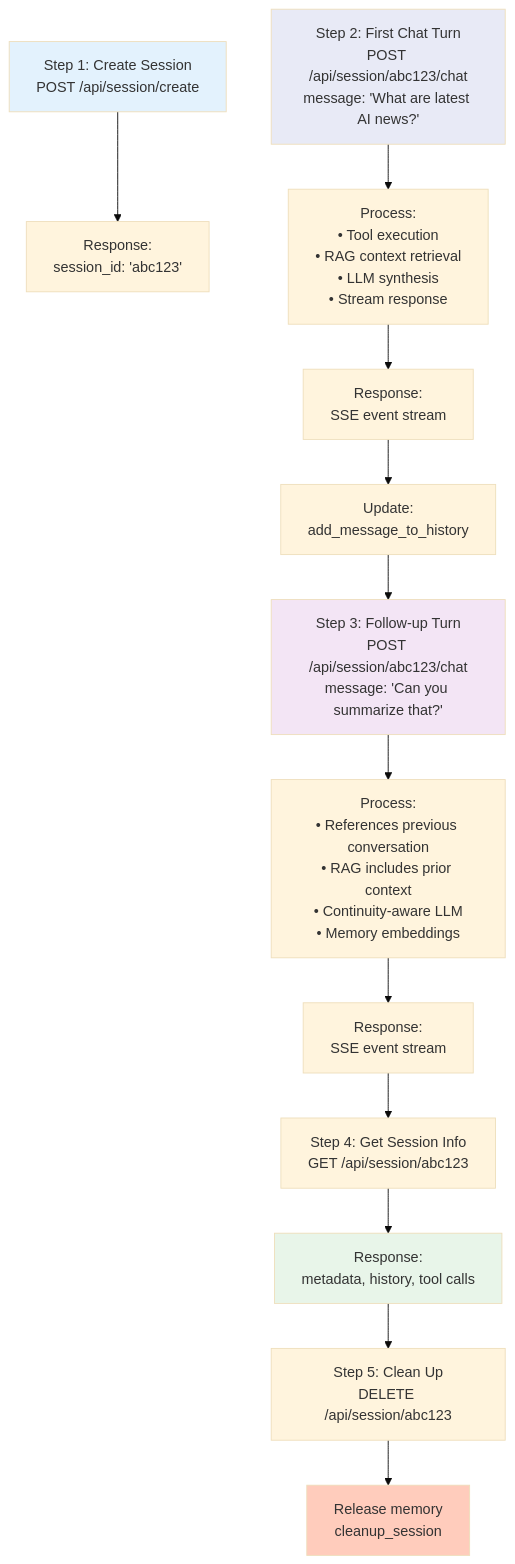
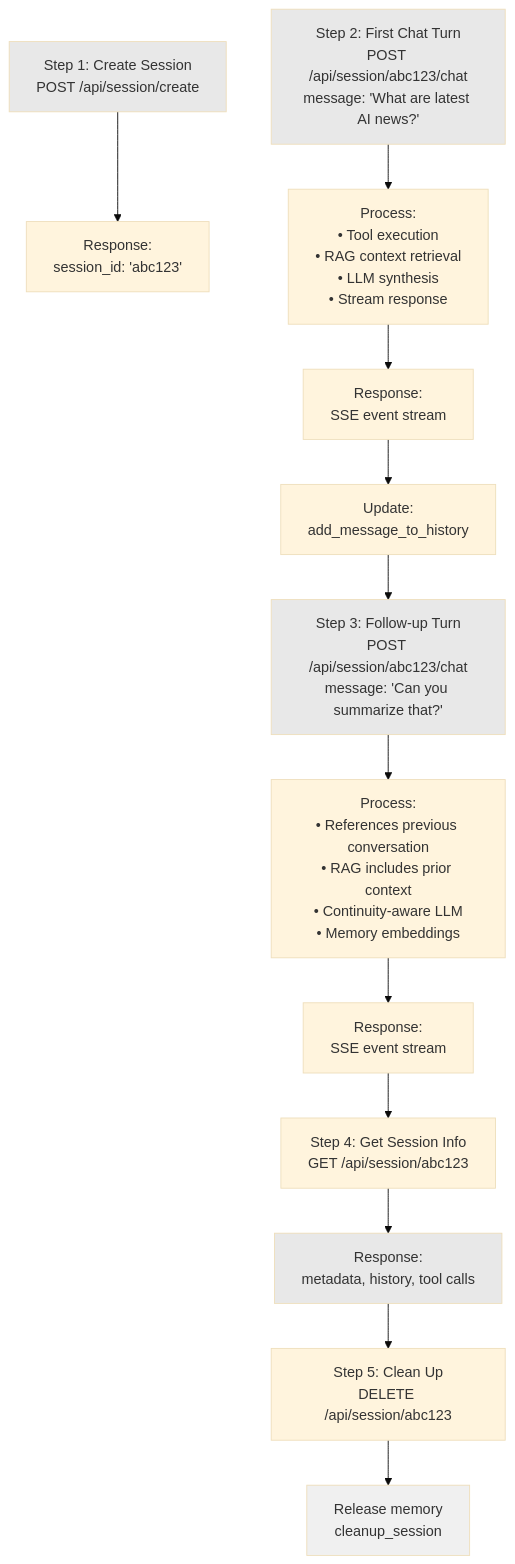
One commit to pollinations/lixSearch changed diagram 13 of 17 in DOCS/FULL_ARCHITECTURE.md. Above: the diagram before and after it, drawn with Mermaid (base theme). The commit also changed other lines of this file, not shown here.

Commit message:
refactor: Update diagram styles for improved visual consistency in architecture documentation

````diff
--- a/DOCS/FULL_ARCHITECTURE.md
+++ b/DOCS/FULL_ARCHITECTURE.md
@@ -1320,38 +1320,38 @@
 ```mermaid
 graph TD
     Step1["Step 1: Create Session<br/>POST /api/session/create"]
     Step1Out["Response:<br/>session_id: 'abc123'"]
     
     Step2["Step 2: First Chat Turn<br/>POST /api/session/abc123/chat<br/>message: 'What are latest AI news?'"]
     Step2Proc["Process:<br/>• Tool execution<br/>• RAG context retrieval<br/>• LLM synthesis<br/>• Stream response"]
     Step2Out["Response:<br/>SSE event stream"]
     Step2Update["Update:<br/>add_message_to_history"]
     
     Step3["Step 3: Follow-up Turn<br/>POST /api/session/abc123/chat<br/>message: 'Can you summarize that?'"]
     Step3Proc["Process:<br/>• References previous conversation<br/>• RAG includes prior context<br/>• Continuity-aware LLM<br/>• Memory embeddings"]
     Step3Out["Response:<br/>SSE event stream"]
     
     Step4["Step 4: Get Session Info<br/>GET /api/session/abc123"]
     Step4Out["Response:<br/>metadata, history, tool calls"]
     
     Step5["Step 5: Clean Up<br/>DELETE /api/session/abc123"]
     Step5Out["Release memory<br/>cleanup_session"]
     
     Step1 --> Step1Out
     Step2 --> Step2Proc
     Step2Proc --> Step2Out
     Step2Out --> Step2Update
     Step2Update --> Step3
     Step3 --> Step3Proc
     Step3Proc --> Step3Out
     Step3Out --> Step4
     Step4 --> Step4Out
     Step4Out --> Step5
     Step5 --> Step5Out
     
-    style Step1 fill:#E3F2FD
-    style Step2 fill:#E8EAF6
-    style Step3 fill:#F3E5F5
-    style Step4Out fill:#E8F5E9
-    style Step5Out fill:#FFCCBC
+    style Step1 fill:#E8E8E8
+    style Step2 fill:#E8E8E8
+    style Step3 fill:#E8E8E8
+    style Step4Out fill:#E8E8E8
+    style Step5Out fill:#F0F0F0
 ```
````
